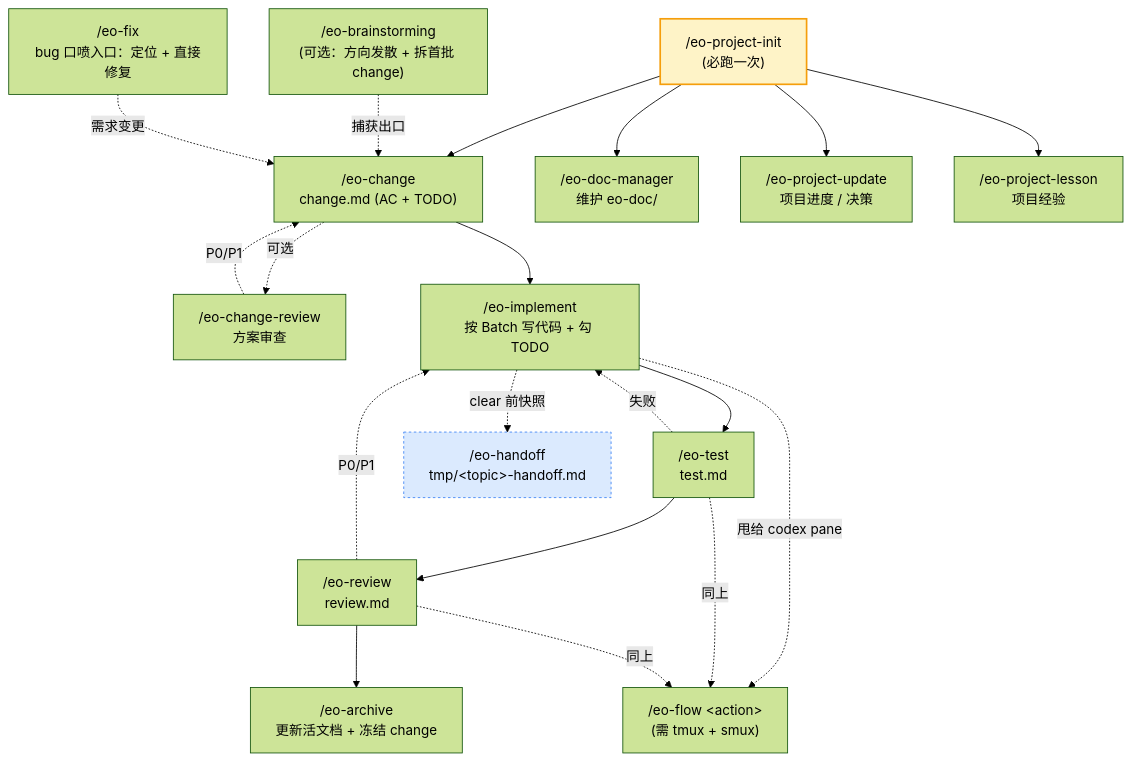
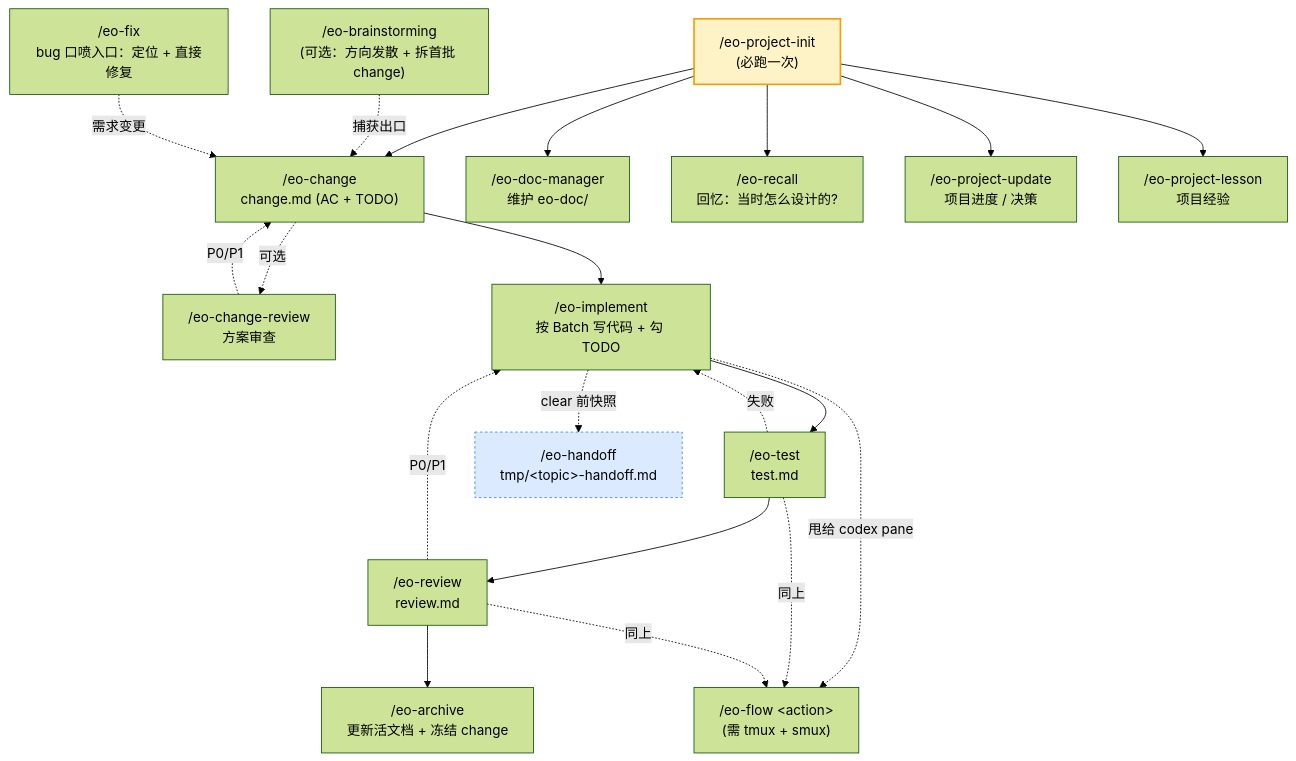
The diagram in README.md (SimpleEve/eo-skills), drawn with Mermaid (forest theme) before and after one commit. The commit also changed other lines of this file and 6 other files, not shown here.

````diff
--- a/README.md
+++ b/README.md
@@ -96,28 +96,29 @@
 ```mermaid
 flowchart TD
     Init["/eo-project-init<br/>(必跑一次)"]:::entry --> Change
     Brain["/eo-brainstorming<br/>(可选：方向发散 + 拆首批 change)"] -.捕获出口.-> Change["/eo-change<br/>change.md (AC + TODO)"]
     Change -.可选.-> CR["/eo-change-review<br/>方案审查"]
     CR -.P0/P1.-> Change
     Change --> Imp["/eo-implement<br/>按 Batch 写代码 + 勾 TODO"]
     Imp --> Test["/eo-test<br/>test.md"]
     Test -.失败.-> Imp
     Test --> Rev["/eo-review<br/>review.md"]
     Rev -.P0/P1.-> Imp
     Rev --> Arch["/eo-archive<br/>更新活文档 + 冻结 change"]
 
     Fix["/eo-fix<br/>bug 口喷入口：定位 + 直接修复"] -.需求变更.-> Change
 
     Imp -.甩给 codex pane.-> Flow["/eo-flow &lt;action&gt;<br/>(需 tmux + smux)"]
     Test -.同上.-> Flow
     Rev -.同上.-> Flow
 
     Init --> Doc["/eo-doc-manager<br/>维护 eo-doc/"]
+    Init --> Rec["/eo-recall<br/>回忆：当时怎么设计的?"]
     Init --> PU["/eo-project-update<br/>项目进度 / 决策"]
     Init --> PL["/eo-project-lesson<br/>项目经验"]
 
     Imp -.clear 前快照.-> Hand["/eo-handoff<br/>tmp/&lt;topic&gt;-handoff.md"]:::cross
 
     classDef entry fill:#fef3c7,stroke:#f59e0b,stroke-width:2px
     classDef cross fill:#dbeafe,stroke:#3b82f6,stroke-dasharray: 3 3
 ```
````
